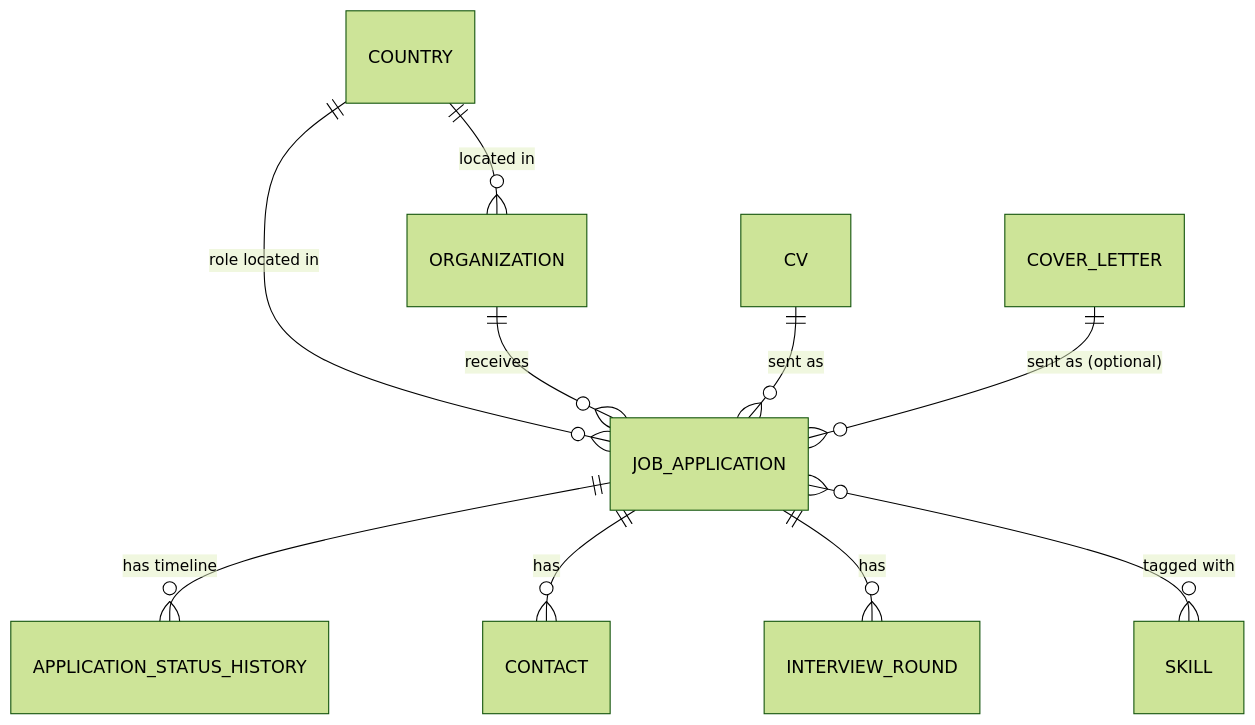
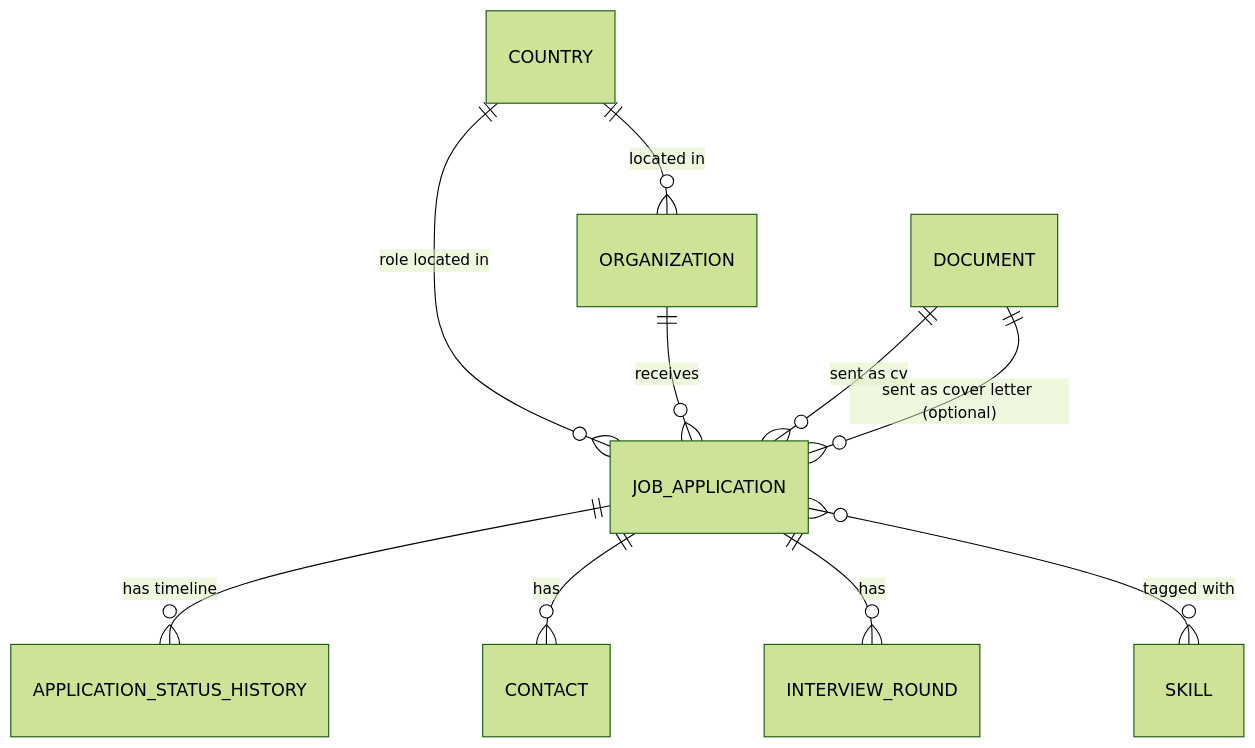
Before and after one commit to mihai2000q/CvTracker: the diagram in .docs/01-domain-model.md, drawn with Mermaid (forest theme). The commit also changed other lines of this file and 3 other files, not shown here.

Commit message:
Update Documentation since Cover Letter and CV are now one Document differentiated by an enum type

````diff
--- a/.docs/01-domain-model.md
+++ b/.docs/01-domain-model.md
@@ -124,12 +121,12 @@
 ```mermaid
 erDiagram
     COUNTRY ||--o{ ORGANIZATION : "located in"
     COUNTRY ||--o{ JOB_APPLICATION : "role located in"
     ORGANIZATION ||--o{ JOB_APPLICATION : "receives"
-    CV ||--o{ JOB_APPLICATION : "sent as"
-    COVER_LETTER ||--o{ JOB_APPLICATION : "sent as (optional)"
+    DOCUMENT ||--o{ JOB_APPLICATION : "sent as cv"
+    DOCUMENT ||--o{ JOB_APPLICATION : "sent as cover letter (optional)"
     JOB_APPLICATION ||--o{ APPLICATION_STATUS_HISTORY : "has timeline"
     JOB_APPLICATION ||--o{ CONTACT : "has"
     JOB_APPLICATION ||--o{ INTERVIEW_ROUND : "has"
     JOB_APPLICATION }o--o{ SKILL : "tagged with"
 ```
````
